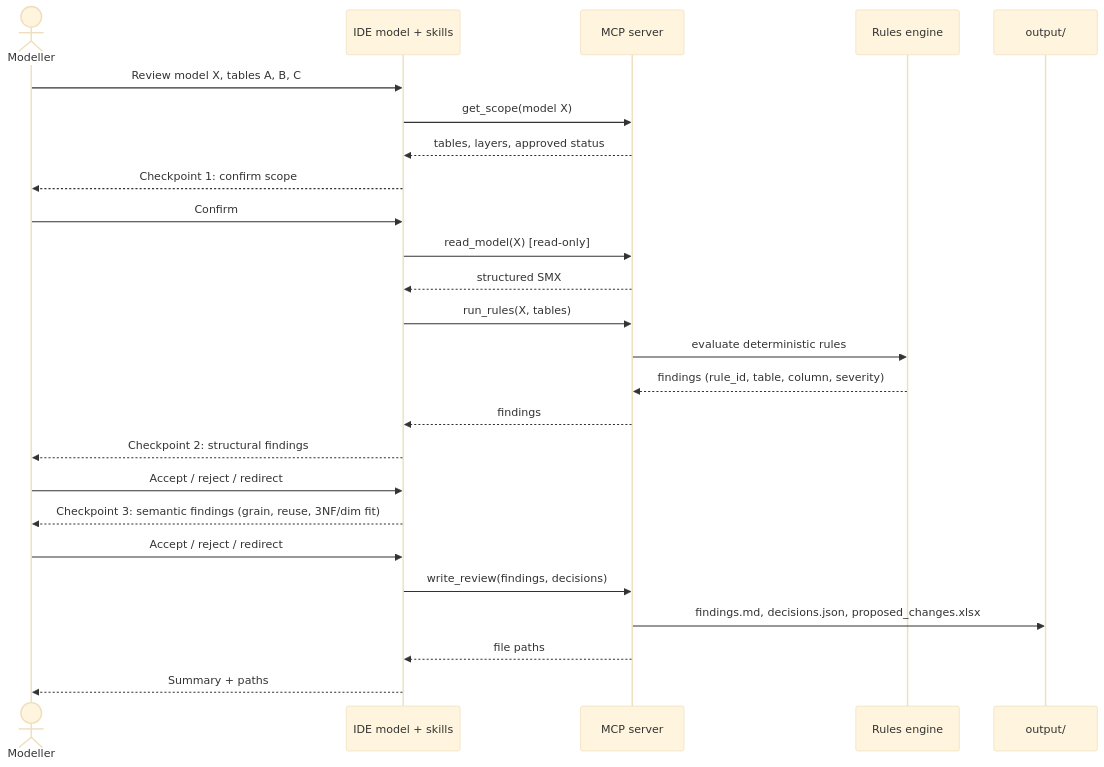
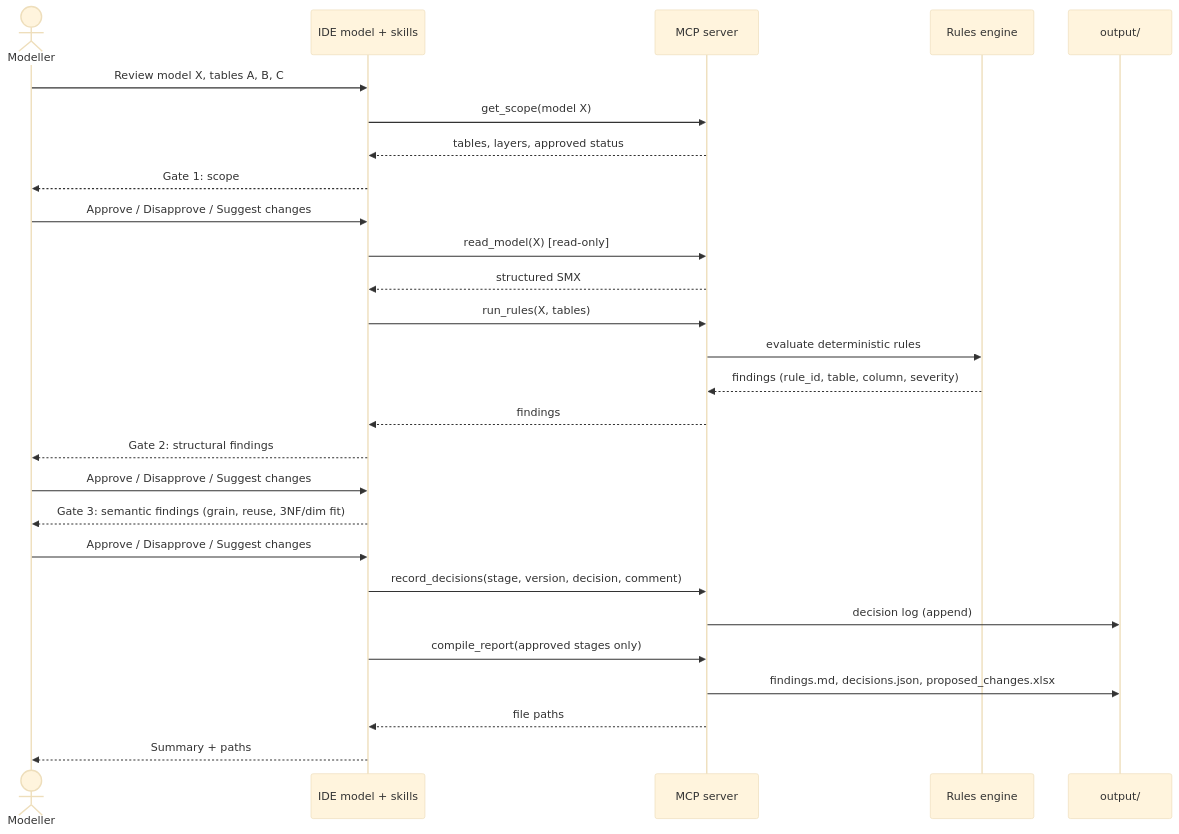
One commit to vinh-rack/data-modeller-tools changed the fourth of 5 diagrams in docs/ARCHITECTURE.md. Above: the diagram before and after it, drawn with Mermaid (base theme). The commit also changed other lines of this file, not shown here.

First line of the commit message:
docs(architecture): add Phase 0 plan, Power BI API integration, step gate and limitations

````diff
--- a/docs/ARCHITECTURE.md
+++ b/docs/ARCHITECTURE.md
@@ -107,28 +210,30 @@
 ```mermaid
 sequenceDiagram
     actor M as Modeller
     participant IDE as IDE model + skills
     participant S as MCP server
     participant R as Rules engine
     participant O as output/
 
     M->>IDE: Review model X, tables A, B, C
     IDE->>S: get_scope(model X)
     S-->>IDE: tables, layers, approved status
-    IDE-->>M: Checkpoint 1: confirm scope
-    M->>IDE: Confirm
+    IDE-->>M: Gate 1: scope
+    M->>IDE: Approve / Disapprove / Suggest changes
     IDE->>S: read_model(X) [read-only]
     S-->>IDE: structured SMX
     IDE->>S: run_rules(X, tables)
     S->>R: evaluate deterministic rules
     R-->>S: findings (rule_id, table, column, severity)
     S-->>IDE: findings
-    IDE-->>M: Checkpoint 2: structural findings
-    M->>IDE: Accept / reject / redirect
-    IDE-->>M: Checkpoint 3: semantic findings (grain, reuse, 3NF/dim fit)
-    M->>IDE: Accept / reject / redirect
-    IDE->>S: write_review(findings, decisions)
+    IDE-->>M: Gate 2: structural findings
+    M->>IDE: Approve / Disapprove / Suggest changes
+    IDE-->>M: Gate 3: semantic findings (grain, reuse, 3NF/dim fit)
+    M->>IDE: Approve / Disapprove / Suggest changes
+    IDE->>S: record_decisions(stage, version, decision, comment)
+    S->>O: decision log (append)
+    IDE->>S: compile_report(approved stages only)
     S->>O: findings.md, decisions.json, proposed_changes.xlsx
     S-->>IDE: file paths
     IDE-->>M: Summary + paths
 ```
````
